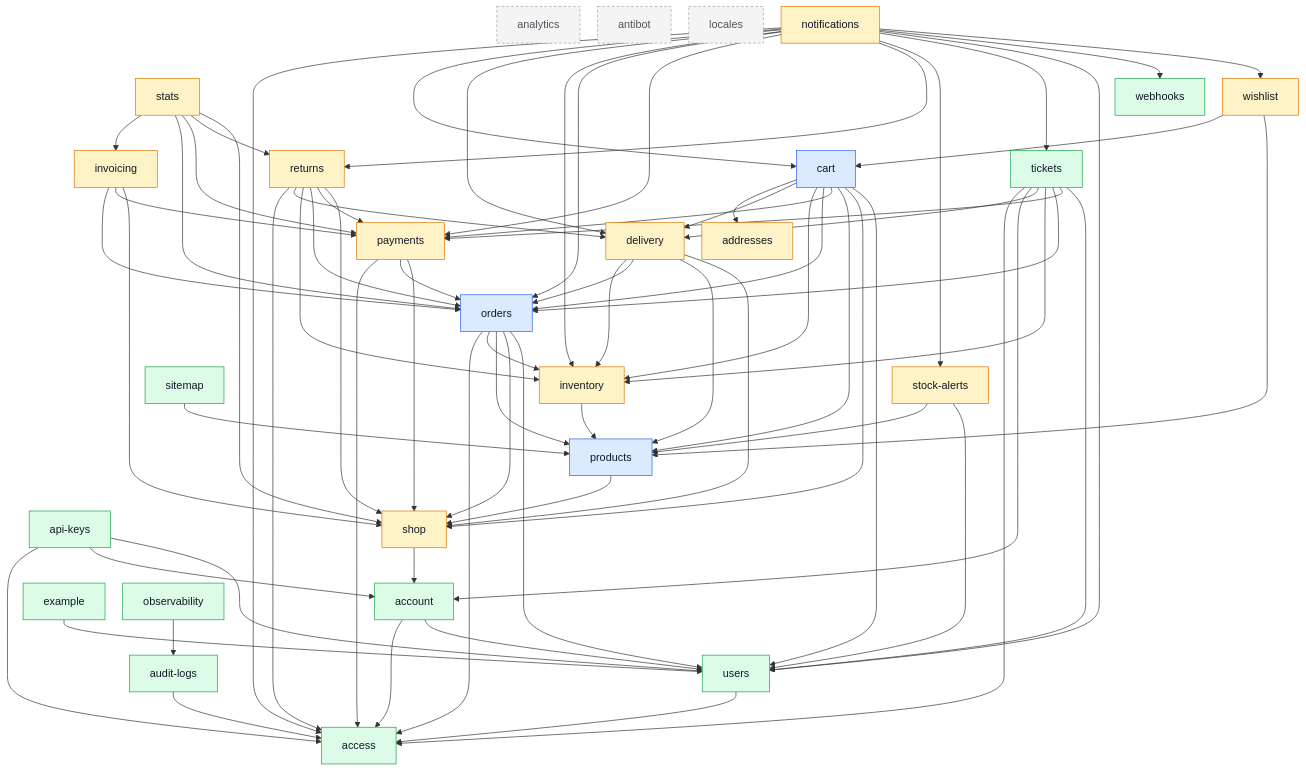
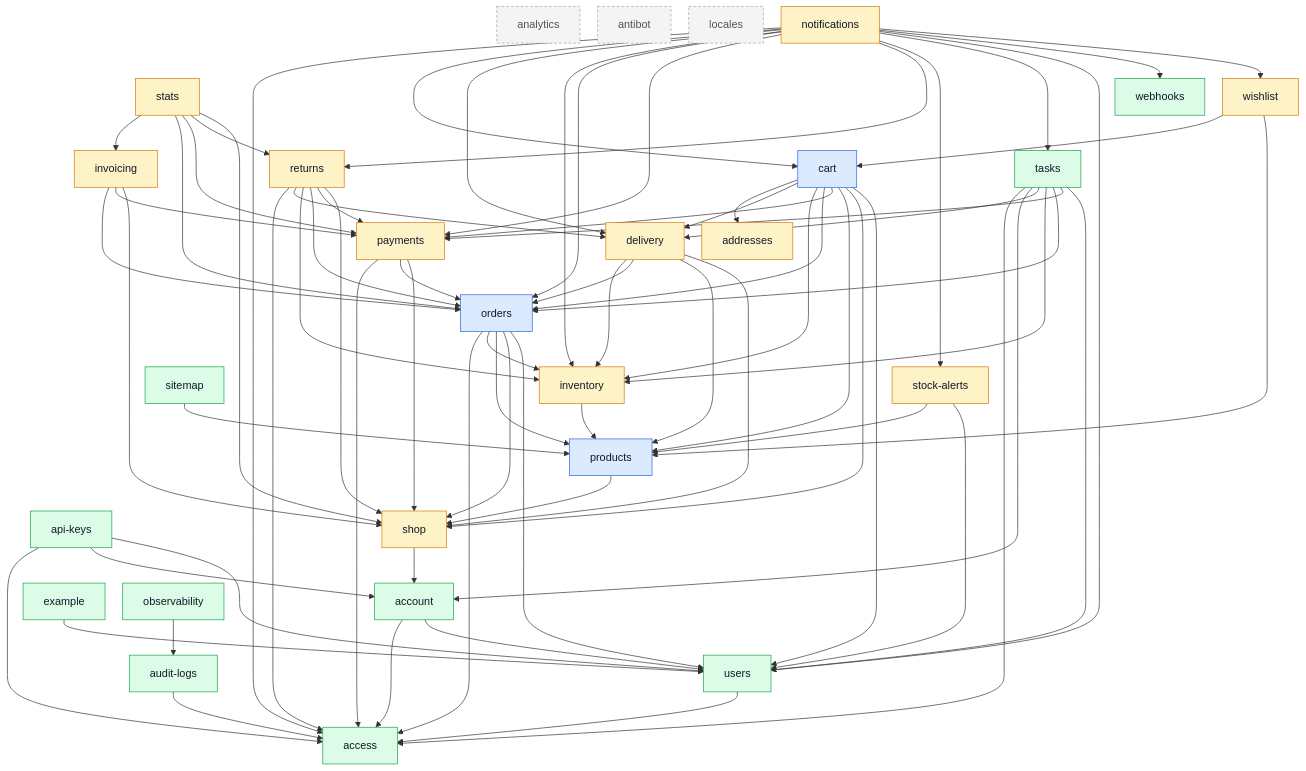
The diagram in docs/modules/index.md (Guebbit/boilerplate-node-backend), drawn with Mermaid before and after one commit. The commit also changed other lines of this file and 251 other files, not shown here.

First line of the commit message:
refactor(tasks)!: rename the tickets module to tasks, contract included

````diff
--- a/docs/modules/index.md
+++ b/docs/modules/index.md
@@ -63,7 +63,7 @@
     sitemap
     stats
     stock_alerts["stock-alerts"]
-    tickets
+    tasks
     users
     webhooks
     wishlist
@@ -99,7 +99,7 @@
     notifications --> payments
     notifications --> returns
     notifications --> stock_alerts
-    notifications --> tickets
+    notifications --> tasks
     notifications --> users
     notifications --> webhooks
     notifications --> wishlist
@@ -128,13 +128,13 @@
     stats --> shop
     stock_alerts --> products
     stock_alerts --> users
-    tickets --> access
-    tickets --> account
-    tickets --> delivery
-    tickets --> inventory
-    tickets --> orders
-    tickets --> payments
-    tickets --> users
+    tasks --> access
+    tasks --> account
+    tasks --> delivery
+    tasks --> inventory
+    tasks --> orders
+    tasks --> payments
+    tasks --> users
     users --> access
     wishlist --> cart
     wishlist --> products
@@ -145,6 +145,6 @@
     classDef isolated fill:#f4f4f5,stroke:#a1a1aa,color:#52525b,stroke-dasharray:4 3;
     class cart,orders,products core;
     class addresses,delivery,inventory,invoicing,notifications,payments,returns,shop,stats,stock_alerts,wishlist supporting;
-    class access,account,api_keys,audit_logs,example,observability,sitemap,tickets,users,webhooks generic;
+    class access,account,api_keys,audit_logs,example,observability,sitemap,tasks,users,webhooks generic;
     class analytics,antibot,locales isolated;
 ```
````
